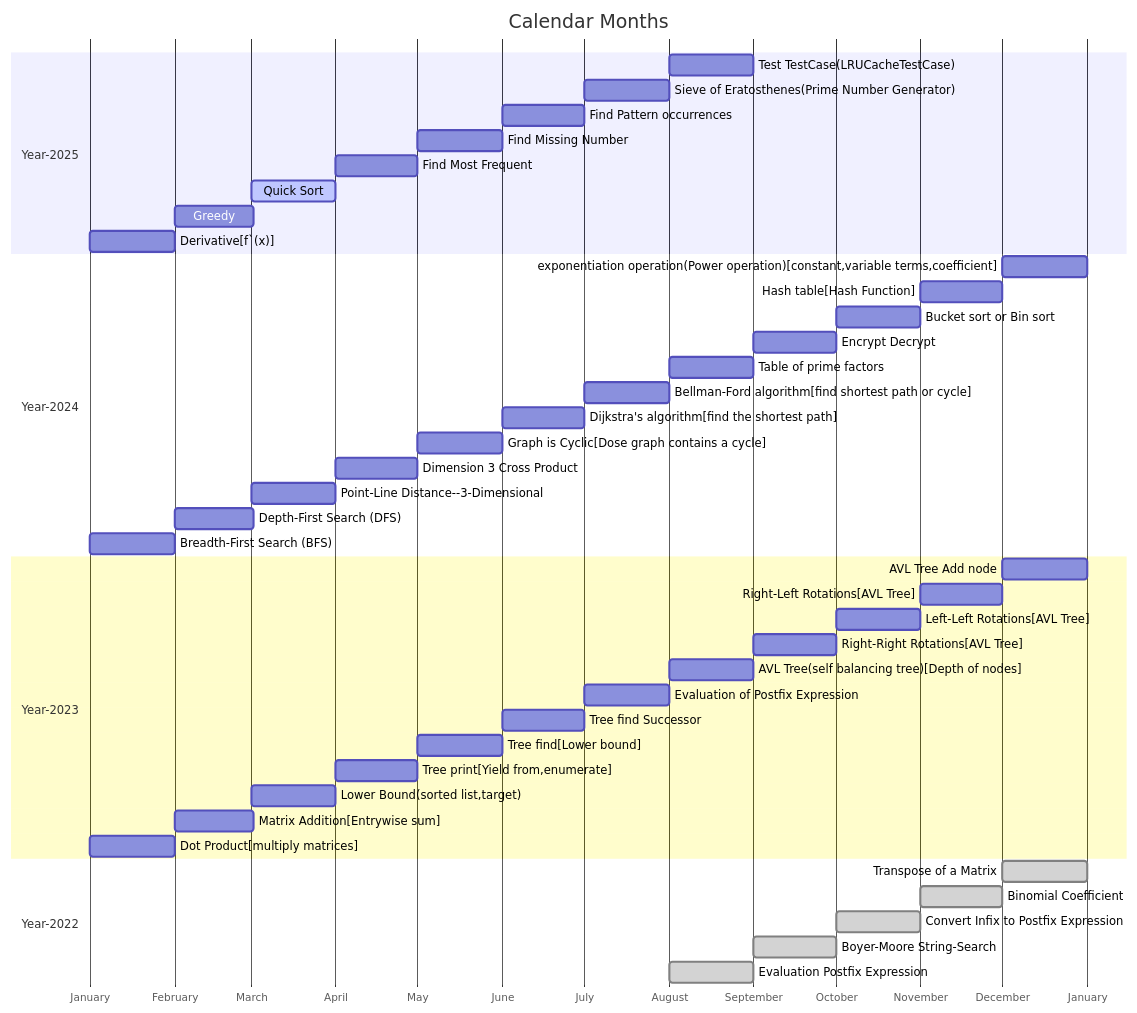
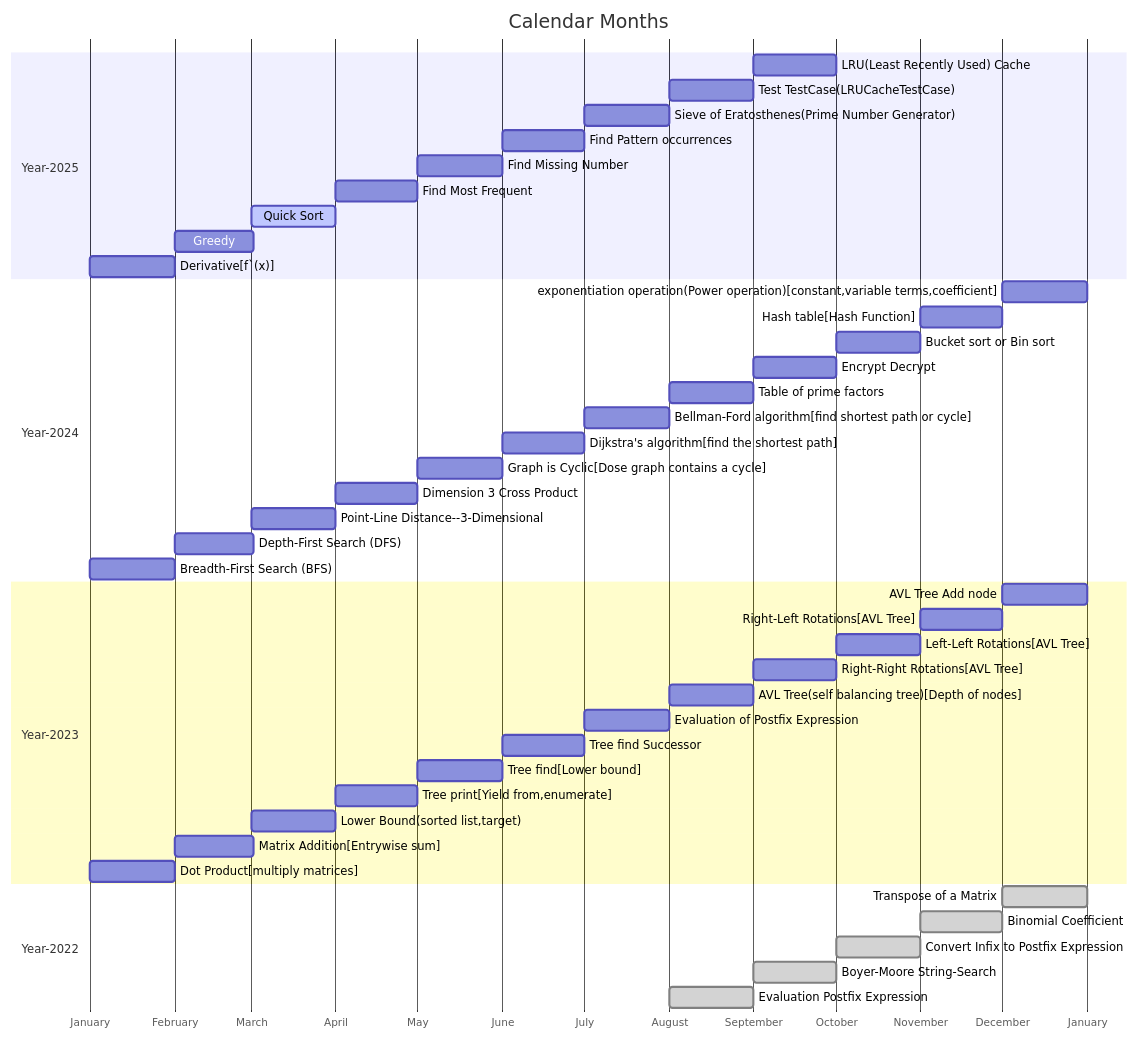
Before and after one commit to softtiny/docs.calendar: the diagram in src/calendar.md, drawn with Mermaid. The commit also changed 3 other files, not shown here.

````diff
--- a/src/calendar.md
+++ b/src/calendar.md
@@ -2,48 +2,49 @@
 ```mermaid
 
 gantt
     title Calendar Months
     dateFormat MM-DD
     axisFormat %B
     section Year-2025
+        LRU(Least Recently Used) Cache :09-01, 30d
         Test TestCase(LRUCacheTestCase) :08-01, 31d
         Sieve of Eratosthenes(Prime Number Generator)    :07-01, 31d
         Find Pattern occurrences :06-01, 30d
         Find Missing Number :05-01, 31d
         Find Most Frequent :04-01, 30d
         Quick Sort      :active, 03-01, 31d
         Greedy          :02-01, 29d
         Derivative[f`(x)]          :01-01, 31d
     section Year-2024
         exponentiation operation(Power operation)[constant,variable terms,coefficient]  :12-01, 31d
         Hash table[Hash Function]  :11-01, 30d
         Bucket sort or Bin sort  :10-01, 31d
         Encrypt Decrypt  :09-01, 30d
         Table of prime factors  :08-01, 31d
         Bellman-Ford algorithm[find shortest path or cycle] :07-01, 31d
         Dijkstra's algorithm[find the shortest path] :06-01, 30d
         Graph is Cyclic[Dose graph contains a cycle]  :05-01, 31d
         Dimension 3 Cross Product  :04-01, 30d
         Point-Line Distance--3-Dimensional  :03-01, 31d
         Depth-First Search (DFS)          :02-01, 29d
         Breadth-First Search (BFS)          :01-01, 31d
     section Year-2023
         AVL Tree Add node :12-01, 31d
         Right-Left Rotations[AVL Tree] :11-01, 30d
         Left-Left Rotations[AVL Tree] :10-01, 31d
         Right-Right Rotations[AVL Tree] :09-01, 30d
         AVL Tree(self balancing tree)[Depth of nodes] :08-01, 31d
         Evaluation of Postfix Expression :07-01, 31d
         Tree find Successor :06-01, 30d
         Tree find[Lower bound] :05-01, 31d
         Tree print[Yield from,enumerate] :04-01, 30d
         Lower Bound(sorted list,target) :03-01, 31d
         Matrix Addition[Entrywise sum] :02-01, 29d
         Dot Product[multiply matrices] :01-01, 31d
     section Year-2022
         Transpose of a Matrix :done, 12-01, 31d
         Binomial Coefficient :done, 11-01, 30d
         Convert Infix to Postfix Expression :done, 10-01, 31d
         Boyer-Moore String-Search :done, 09-01, 30d
         Evaluation Postfix Expression :done, 08-01, 31d
 ```
````
